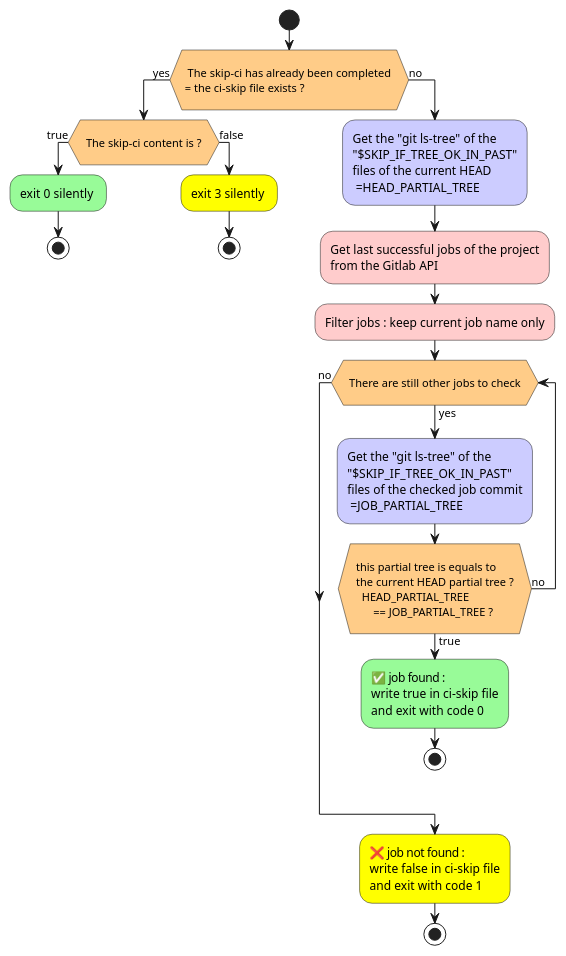
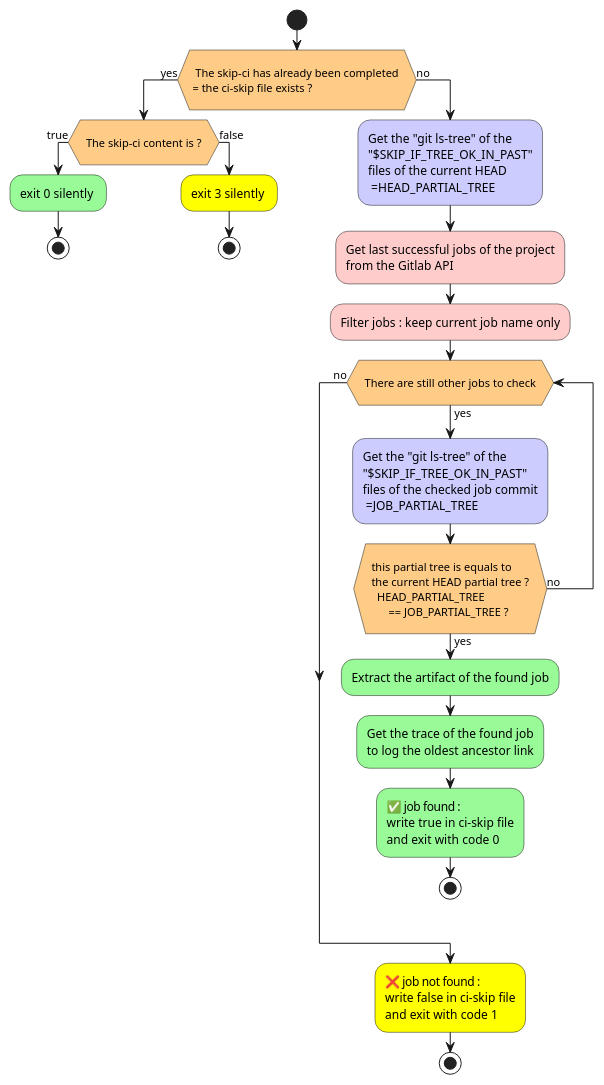
The diagram in rust-api-version/diagram.plantuml (jersou/gitlab-skip-if-tree-ok-in-past), drawn with PlantUML before and after one commit. The commit also changed 10 other files, not shown here.

```diff
--- a/rust-api-version/diagram.plantuml
+++ b/rust-api-version/diagram.plantuml
@@ -1,38 +1,40 @@
 @startuml
 <style>
 activityDiagram {
   diamond {
     BackgroundColor #ffcc88
   }
 }
 </style>
 
 start
 
 if (\n  The skip-ci has already been completed  \n = the ci-skip file exists ?\n) is (yes) then
 
 
 if (\n  The skip-ci content is ?  \n) is (true) then
   #palegreen:exit 0 silently ;
   stop
 else (false)
   #yellow:exit 3 silently ;
   stop
 endif
 
 else (no)
 #ccccff:Get the "git ls-tree" of the\n"$SKIP_IF_TREE_OK_IN_PAST"\nfiles of the current HEAD\n =HEAD_PARTIAL_TREE;
 #ffcccc:Get last successful jobs of the project\nfrom the Gitlab API;
 #ffcccc:Filter jobs : keep current job name only;
 while (\n  There are still other jobs to check  \n) is (yes)
    #ccccff:Get the "git ls-tree" of the\n"$SKIP_IF_TREE_OK_IN_PAST"\nfiles of the checked job commit\n =JOB_PARTIAL_TREE;
-   if (\n  this partial tree is equals to \n  the current HEAD partial tree ?  \n    HEAD_PARTIAL_TREE\n        == JOB_PARTIAL_TREE ?\n) is (true) then
+   if (\n  this partial tree is equals to \n  the current HEAD partial tree ?  \n    HEAD_PARTIAL_TREE\n        == JOB_PARTIAL_TREE ?\n) is (yes) then
+     #palegreen:Extract the artifact of the found job;
+     #palegreen:Get the trace of the found job\nto log the oldest ancestor link;
      #palegreen:✅ job found :\nwrite true in ci-skip file\nand exit with code 0;
      stop
    else (no)
    endif
 endwhile (no)
 #yellow:❌ job not found :\nwrite false in ci-skip file\nand exit with code 1;
 stop
 
 @enduml
```
